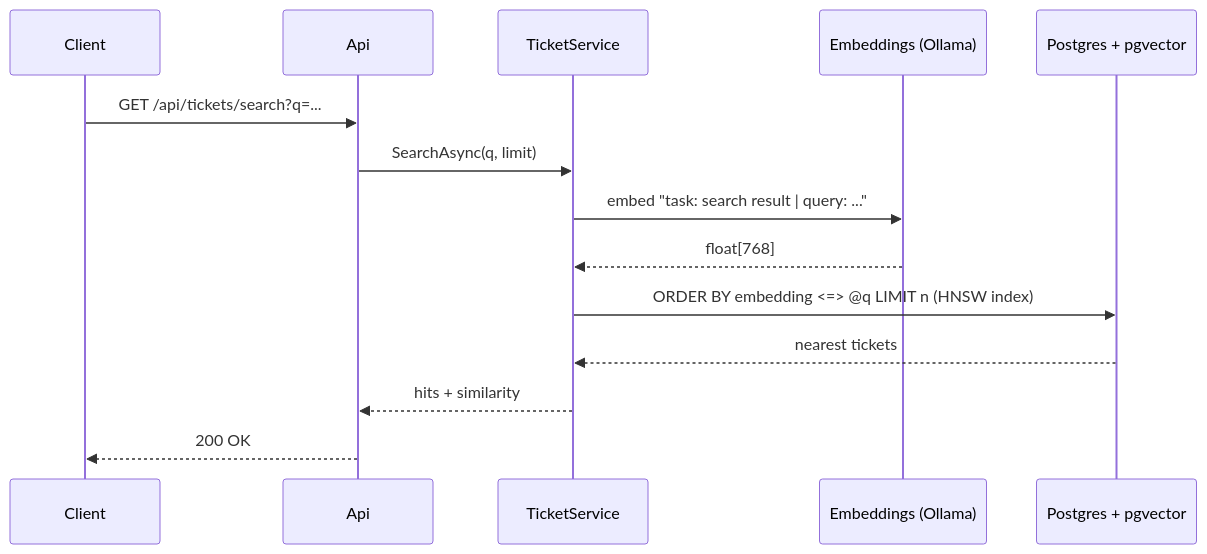
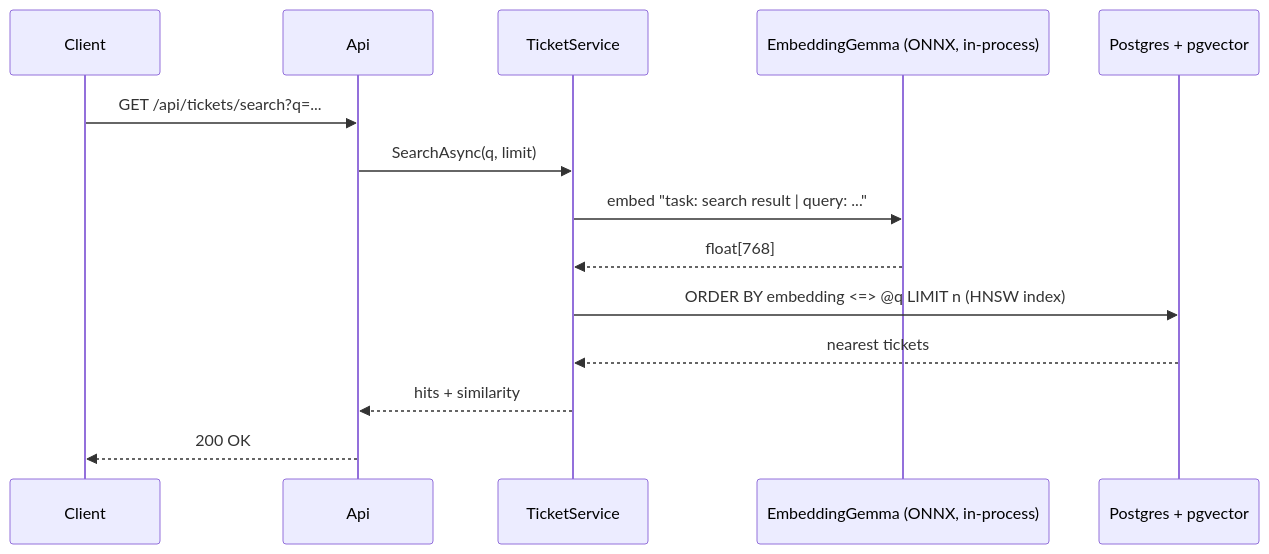
The second of 2 diagrams in README.md (JuanAvendan/PrismaSlice), drawn with Mermaid before and after one commit. The commit also changed other lines of this file, not shown here.

Commit message:
docs: describe in-process embeddings in the README

````diff
--- a/README.md
+++ b/README.md
@@ -83,16 +82,16 @@
 ```mermaid
 sequenceDiagram
     participant C as Client
     participant A as Api
     participant S as TicketService
-    participant E as Embeddings (Ollama)
+    participant E as EmbeddingGemma (ONNX, in-process)
     participant DB as Postgres + pgvector
     C->>A: GET /api/tickets/search?q=...
     A->>S: SearchAsync(q, limit)
     S->>E: embed "task: search result | query: ..."
     E-->>S: float[768]
     S->>DB: ORDER BY embedding <=> @q LIMIT n (HNSW index)
     DB-->>S: nearest tickets
     S-->>A: hits + similarity
     A-->>C: 200 OK
 ```
````
